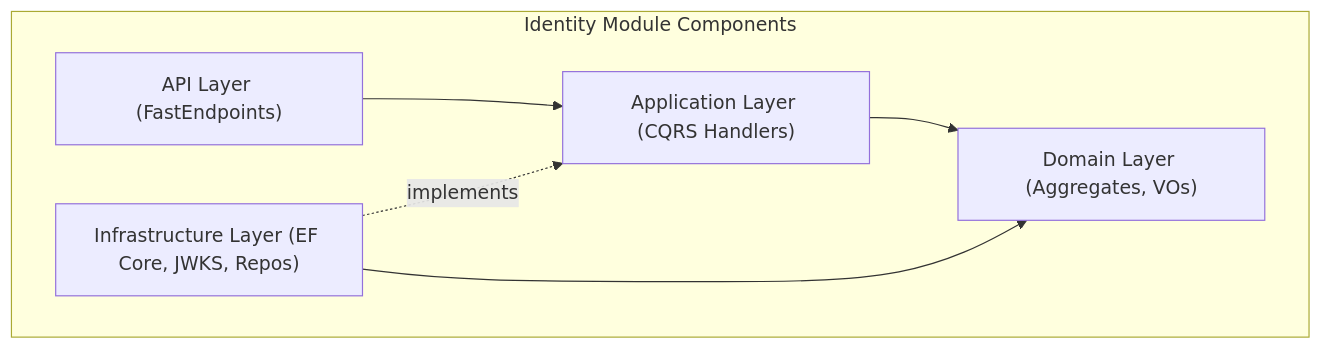
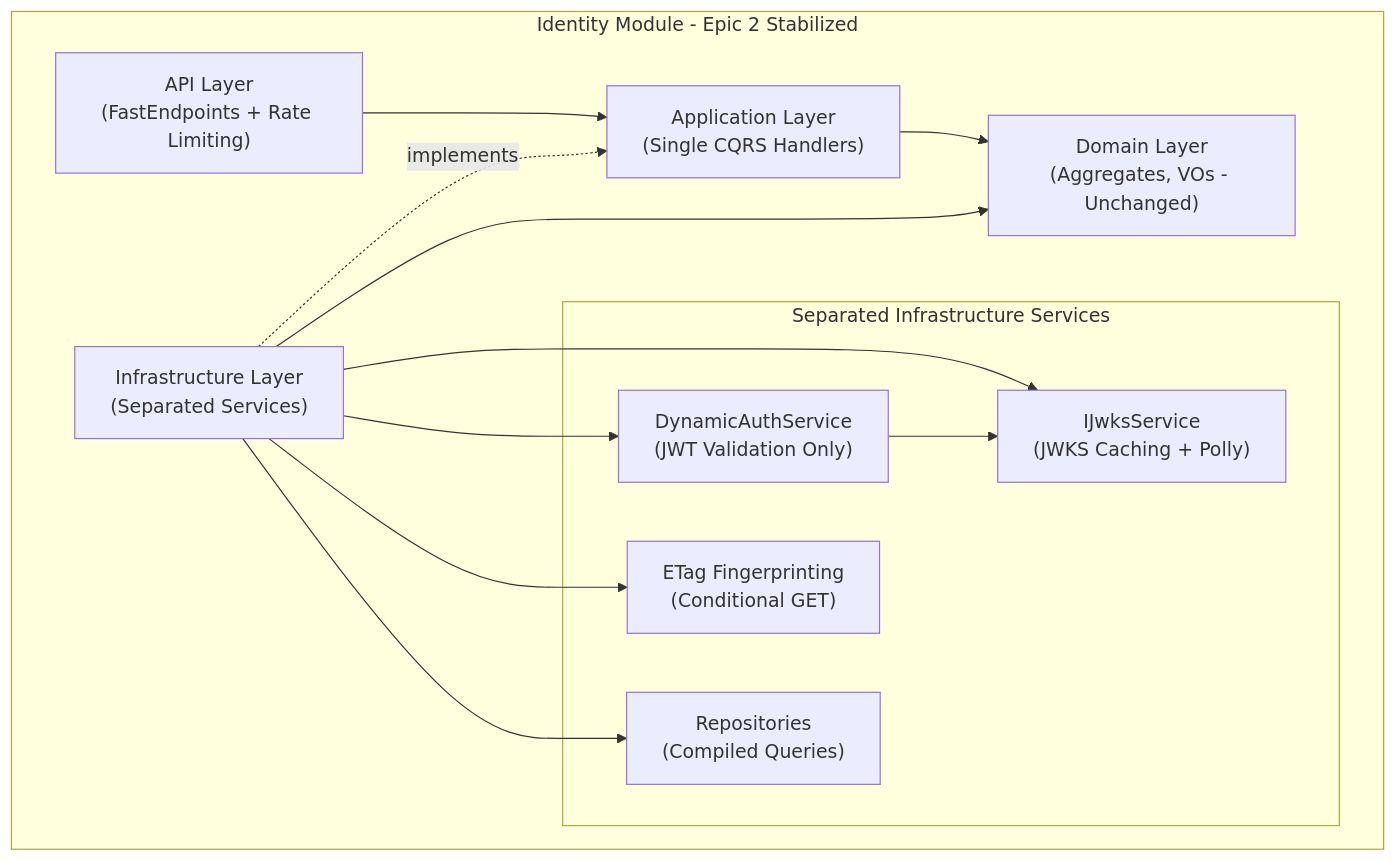
The second of 5 diagrams in Docs/BMAD/architecture.md (valentynkt/Axon-Backend-Github), drawn with Mermaid before and after one commit. The commit also changed other lines of this file and 54 other files, not shown here.

````diff
--- a/Docs/BMAD/architecture.md
+++ b/Docs/BMAD/architecture.md
@@ -159,14 +183,26 @@
 ```mermaid
 graph TD
-    subgraph "Identity Module Components"
-        API_Layer["API Layer (FastEndpoints)"]
-        App_Layer["Application Layer (CQRS Handlers)"]
-        Domain_Layer["Domain Layer (Aggregates, VOs)"]
-        Infra_Layer["Infrastructure Layer (EF Core, JWKS, Repos)"]
+    subgraph "Identity Module - Epic 2 Stabilized"
+        API_Layer["API Layer<br/>(FastEndpoints + Rate Limiting)"]
+        App_Layer["Application Layer<br/>(Single CQRS Handlers)"]
+        Domain_Layer["Domain Layer<br/>(Aggregates, VOs - Unchanged)"]
+        Infra_Layer["Infrastructure Layer<br/>(Separated Services)"]
+        
+        subgraph "Separated Infrastructure Services"
+            JwksService["IJwksService<br/>(JWKS Caching + Polly)"]
+            AuthService["DynamicAuthService<br/>(JWT Validation Only)"]
+            ETagService["ETag Fingerprinting<br/>(Conditional GET)"]
+            Repositories["Repositories<br/>(Compiled Queries)"]
+        end
     end
 
     API_Layer --> App_Layer
     App_Layer --> Domain_Layer
     Infra_Layer -.implements.-> App_Layer
     Infra_Layer --> Domain_Layer
+    Infra_Layer --> JwksService
+    Infra_Layer --> AuthService
+    Infra_Layer --> ETagService
+    Infra_Layer --> Repositories
+    AuthService --> JwksService
 ```
````
